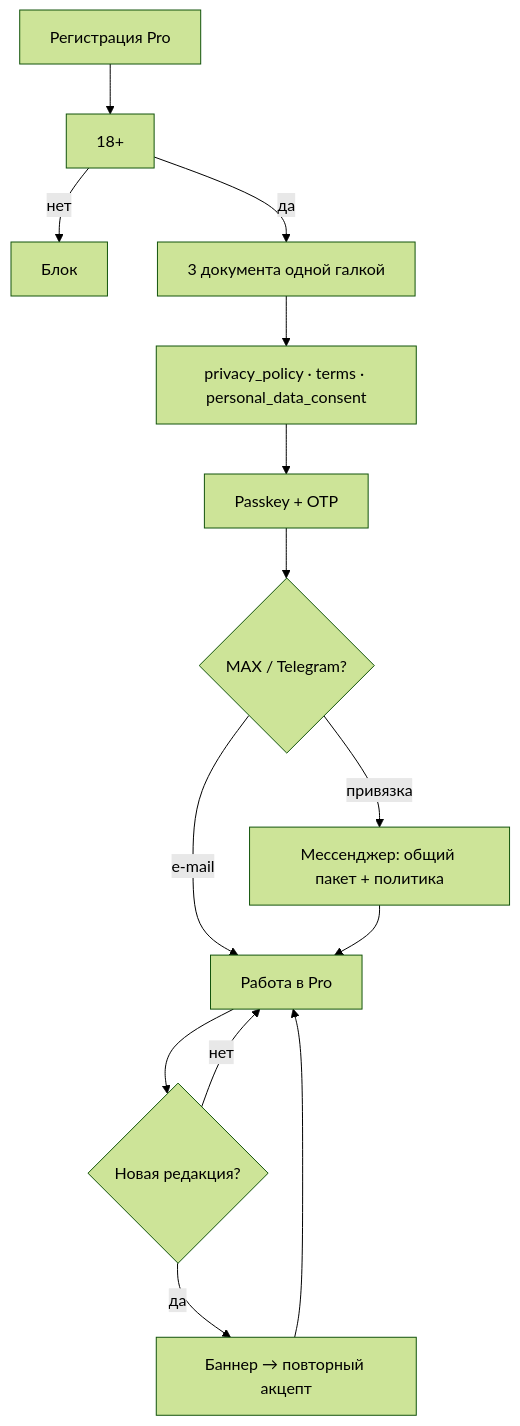
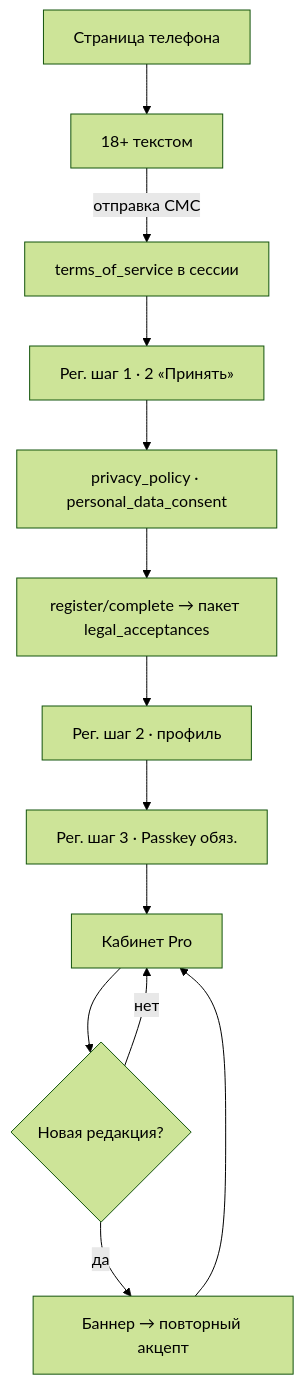
One commit to docru/telotron.team changed the first of 3 diagrams in 07-Юрист/Схема юрдокументов и этапы акцепта (Pro · Client).md. Above: the diagram before and after it, drawn with Mermaid (forest theme). The commit also changed other lines of this file and 78 other files, not shown here.

````diff
--- a/07-Юрист/Схема юрдокументов и этапы акцепта (Pro · Client).md
+++ b/07-Юрист/Схема юрдокументов и этапы акцепта (Pro · Client).md
@@ -29,16 +29,15 @@
 ```mermaid
 flowchart TD
-    A["Регистрация Pro"] --> B["18+"]
-    B -->|нет| X["Блок"]
-    B -->|да| C["3 документа одной галкой"]
-    C --> D["privacy_policy · terms · personal_data_consent"]
-    D --> E["Passkey + OTP"]
-    E --> F{"MAX / Telegram?"}
-    F -->|привязка| G["Мессенджер: общий пакет + политика"]
-    F -->|e-mail| H["Работа в Pro"]
-    G --> H
-    H --> I{"Новая редакция?"}
-    I -->|да| J["Баннер → повторный акцепт"]
-    I -->|нет| H
-    J --> H
+    A["Страница телефона"] --> B["18+ текстом"]
+    B -->|отправка СМС| C["terms_of_service в сессии"]
+    C --> D["Рег. шаг 1 · 2 «Принять»"]
+    D --> E["privacy_policy · personal_data_consent"]
+    E --> F["register/complete → пакет legal_acceptances"]
+    F --> G["Рег. шаг 2 · профиль"]
+    G --> H["Рег. шаг 3 · Passkey обяз."]
+    H --> I["Кабинет Pro"]
+    I --> J{"Новая редакция?"}
+    J -->|да| K["Баннер → повторный акцепт"]
+    J -->|нет| I
+    K --> I
 ```
````
